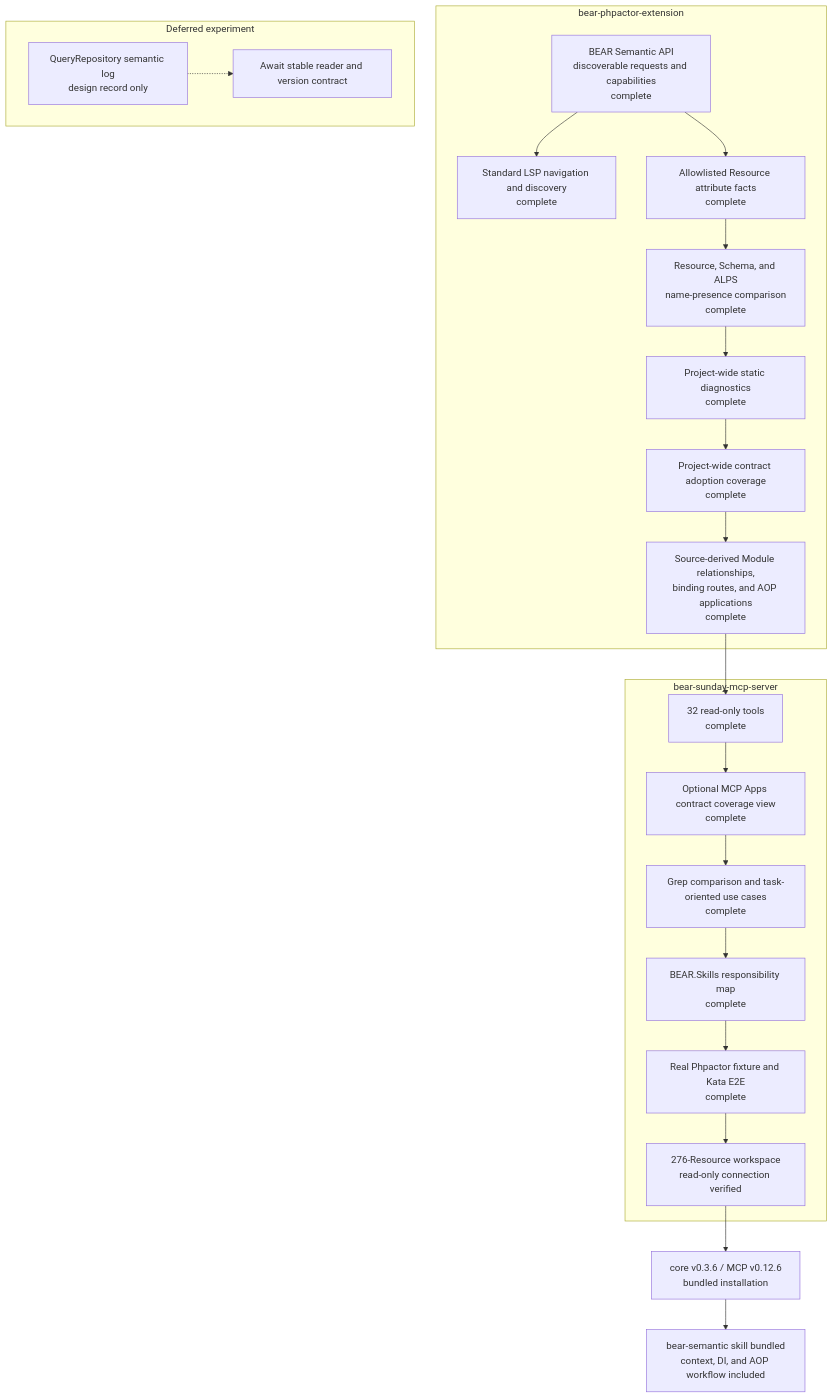
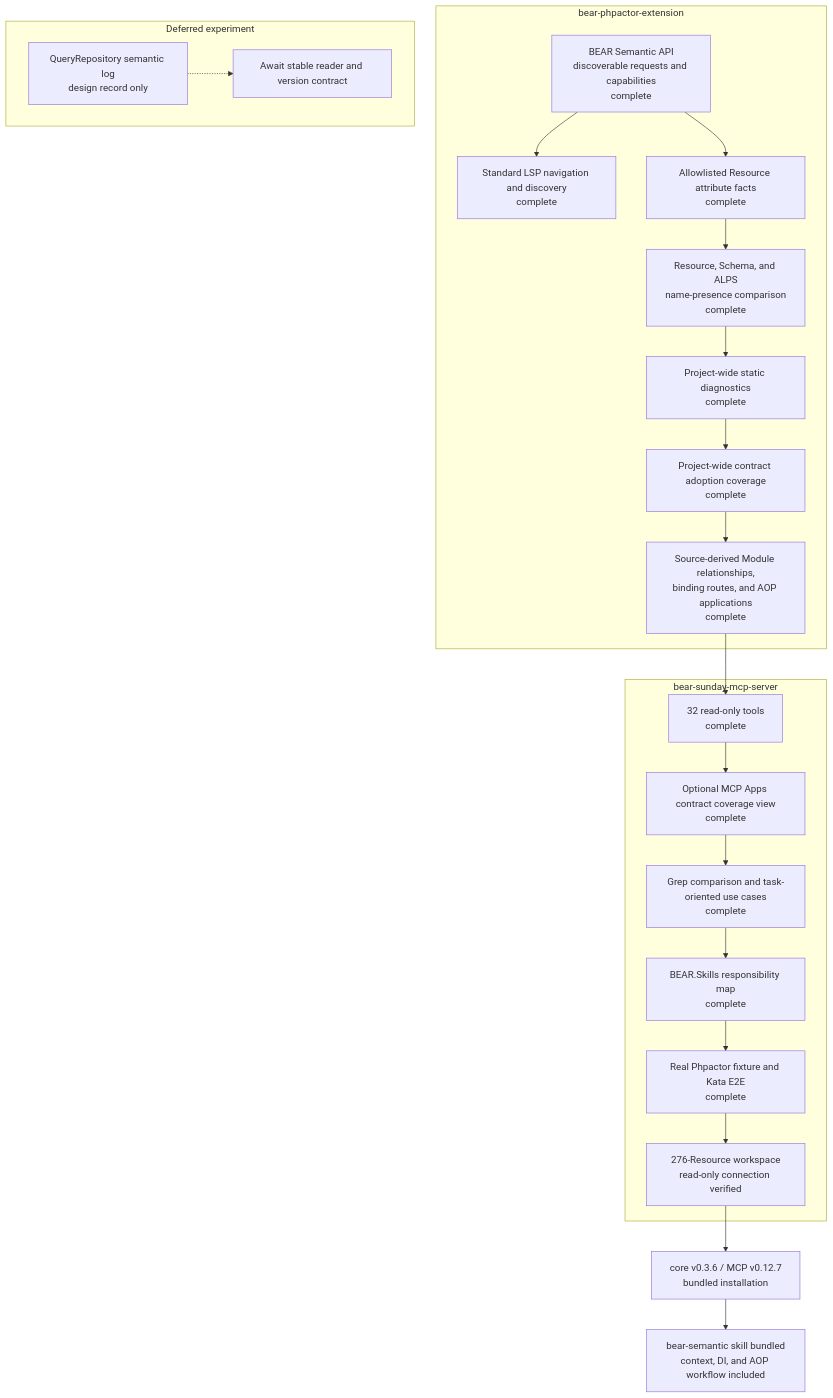
One commit to suzumaze/bear-sunday-mcp-server changed the diagram in docs/project-status.md. Above: the diagram before and after it, drawn with Mermaid. The commit also changed other lines of this file and 3 other files, not shown here.

````diff
--- a/docs/project-status.md
+++ b/docs/project-status.md
@@ -9,35 +9,35 @@
 ```mermaid
 flowchart TB
     subgraph Core["bear-phpactor-extension"]
         C1["BEAR Semantic API<br/>discoverable requests and capabilities<br/>complete"]
         C2["Standard LSP navigation and discovery<br/>complete"]
         C3["Allowlisted Resource attribute facts<br/>complete"]
         C4["Resource, Schema, and ALPS<br/>name-presence comparison<br/>complete"]
         C5["Project-wide static diagnostics<br/>complete"]
         C6["Project-wide contract adoption coverage<br/>complete"]
         C7["Source-derived Module relationships,<br/>binding routes, and AOP applications<br/>complete"]
         C1 --> C2
         C1 --> C3 --> C4 --> C5 --> C6 --> C7
     end
 
     subgraph MCP["bear-sunday-mcp-server"]
         M1["32 read-only tools<br/>complete"]
         M0["Optional MCP Apps contract coverage view<br/>complete"]
         M2["Grep comparison and task-oriented use cases<br/>complete"]
         M3["BEAR.Skills responsibility map<br/>complete"]
         M4["Real Phpactor fixture and Kata E2E<br/>complete"]
         M5["276-Resource workspace<br/>read-only connection verified"]
         M1 --> M0 --> M2 --> M3 --> M4 --> M5
     end
 
     C7 --> M1
 
     subgraph Deferred["Deferred experiment"]
         D1["QueryRepository semantic log<br/>design record only"]
         D2["Await stable reader and version contract"]
         D1 -.-> D2
     end
 
-    M5 --> R1["core v0.3.6 / MCP v0.12.6<br/>bundled installation"]
+    M5 --> R1["core v0.3.6 / MCP v0.12.7<br/>bundled installation"]
     R1 --> S1["bear-semantic skill bundled<br/>context, DI, and AOP workflow included"]
 ```
````
